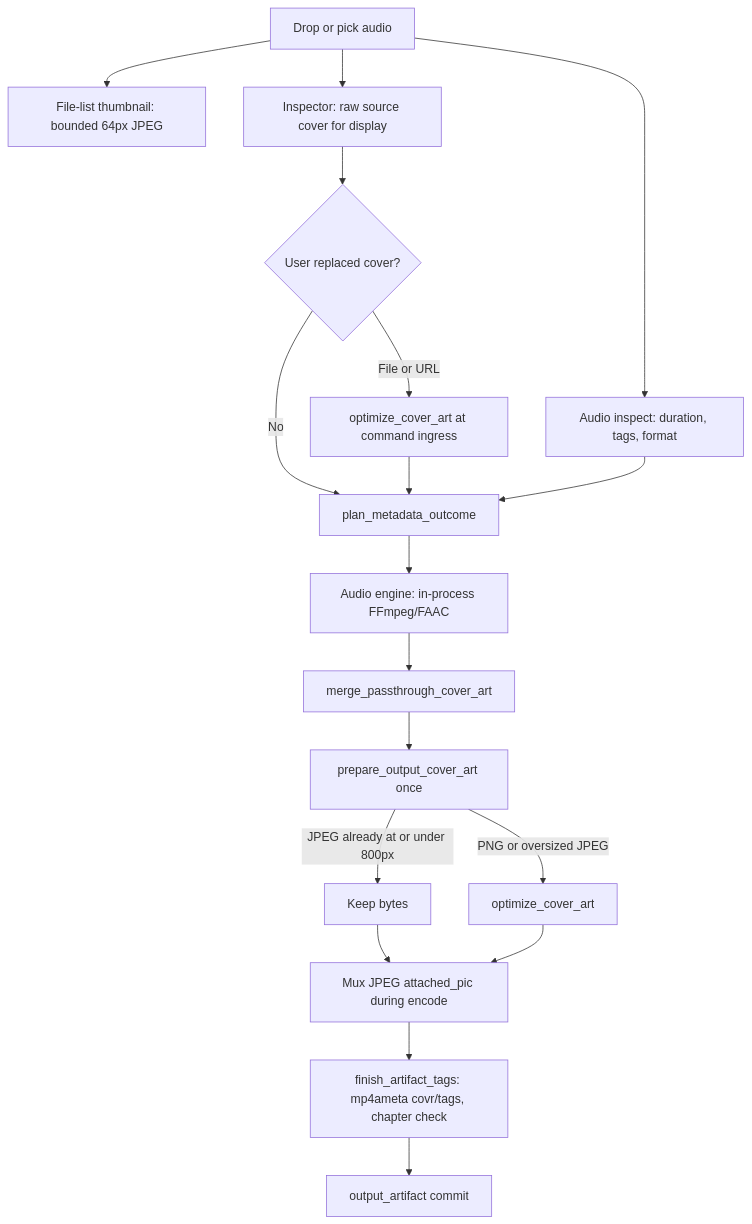
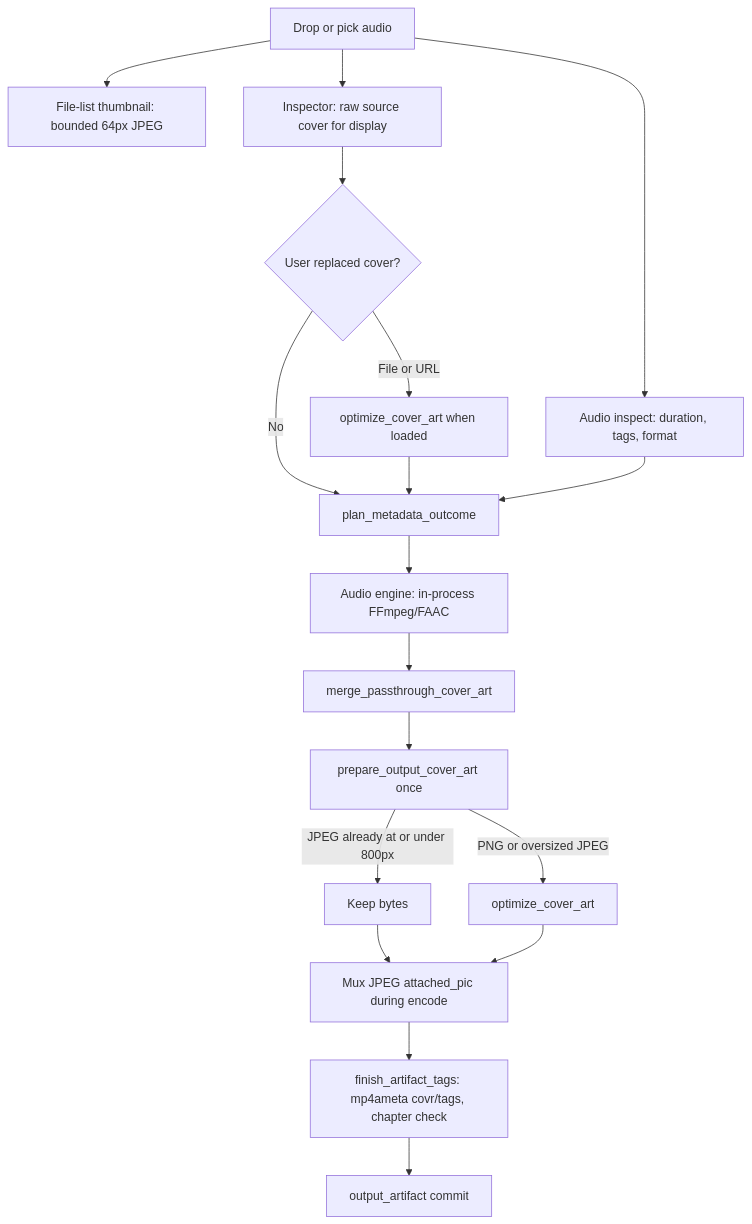
Before and after one commit to Allmight97/audiobook-boss: the diagram in docs/cover-art-processing.md, drawn with Mermaid. The commit also changed other lines of this file and 22 other files, not shown here.

````diff
--- a/docs/cover-art-processing.md
+++ b/docs/cover-art-processing.md
@@ -35,20 +35,20 @@
 ```mermaid
 flowchart TD
   drop[Drop or pick audio] --> inspect[Audio inspect: duration, tags, format]
   drop --> listThumb[File-list thumbnail: bounded 64px JPEG]
   drop --> hydrate[Inspector: raw source cover for display]
   hydrate --> intent{User replaced cover?}
-  intent -->|File or URL| loadOpt[optimize_cover_art at command ingress]
+  intent -->|File or URL| loadOpt[optimize_cover_art when loaded]
   intent -->|No| plan[plan_metadata_outcome]
   loadOpt --> plan
   inspect --> plan
   plan --> engine[Audio engine: in-process FFmpeg/FAAC]
   engine --> merge[merge_passthrough_cover_art]
   merge --> prep[prepare_output_cover_art once]
   prep -->|JPEG already at or under 800px| keep[Keep bytes]
   prep -->|PNG or oversized JPEG| jpeg[optimize_cover_art]
   keep --> mux[Mux JPEG attached_pic during encode]
   jpeg --> mux
   mux --> mp4[finish_artifact_tags: mp4ameta covr/tags, chapter check]
   mp4 --> commit[output_artifact commit]
 ```
````
